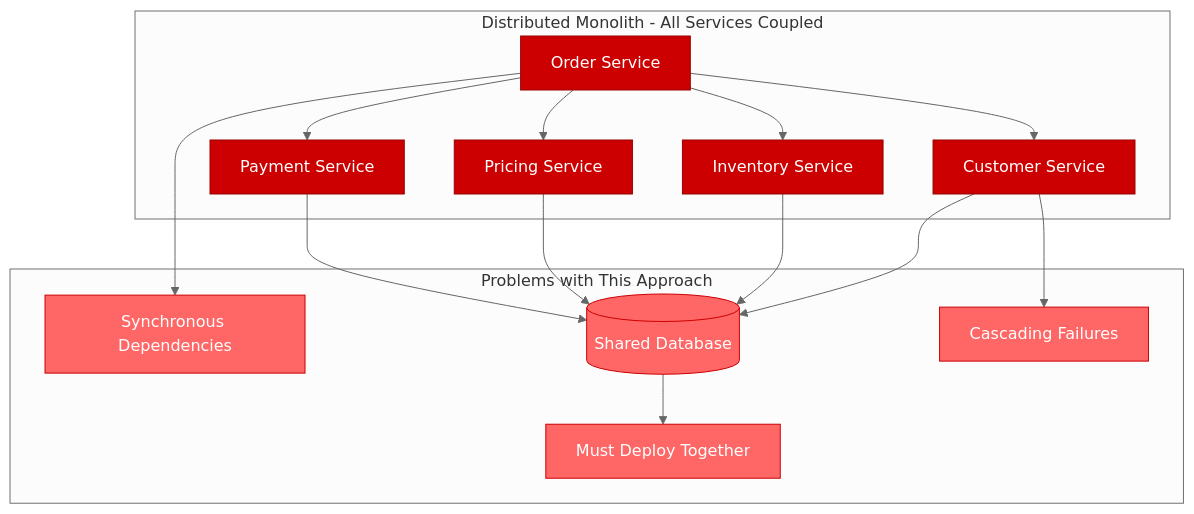
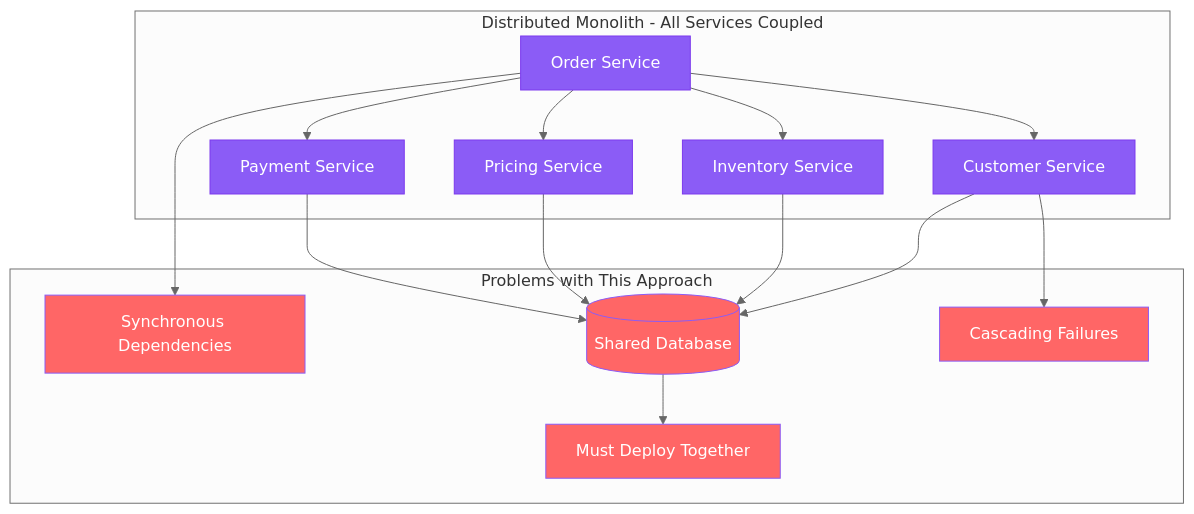
One commit to deepaucksharma/DS changed the first of 13 diagrams in site/docs/examples/pitfalls.md. Above: the diagram before and after it, drawn with Mermaid (neutral theme). The commit also changed other lines of this file and 303 other files, not shown here.

````diff
--- a/site/docs/examples/pitfalls.md
+++ b/site/docs/examples/pitfalls.md
@@ -13,40 +13,40 @@
 ```mermaid
 graph TB
     subgraph DistributedMonolith[Distributed Monolith - All Services Coupled]
         ORDER_SVC[Order Service]
         CUSTOMER_SVC[Customer Service]
         INVENTORY_SVC[Inventory Service]
         PRICING_SVC[Pricing Service]
         PAYMENT_SVC[Payment Service]
     end
 
     subgraph Problems[Problems with This Approach]
         SYNC_DEPS[Synchronous Dependencies]
         SHARED_DB[(Shared Database)]
         DEPLOY_TOGETHER[Must Deploy Together]
         CASCADE_FAIL[Cascading Failures]
     end
 
     %% All services must call each other synchronously
     ORDER_SVC --> CUSTOMER_SVC
     ORDER_SVC --> INVENTORY_SVC
     ORDER_SVC --> PRICING_SVC
     ORDER_SVC --> PAYMENT_SVC
 
     %% All share same database
     CUSTOMER_SVC --> SHARED_DB
     INVENTORY_SVC --> SHARED_DB
     PRICING_SVC --> SHARED_DB
     PAYMENT_SVC --> SHARED_DB
 
     %% Problems manifest
     ORDER_SVC --> SYNC_DEPS
     SHARED_DB --> DEPLOY_TOGETHER
     CUSTOMER_SVC --> CASCADE_FAIL
 
-    classDef serviceStyle fill:#CC0000,stroke:#990000,color:#fff
-    classDef problemStyle fill:#FF6666,stroke:#CC0000,color:#fff
+    classDef serviceStyle fill:#8B5CF6,stroke:#7C3AED,color:#fff
+    classDef problemStyle fill:#FF6666,stroke:#8B5CF6,color:#fff
 
     class ORDER_SVC,CUSTOMER_SVC,INVENTORY_SVC,PRICING_SVC,PAYMENT_SVC serviceStyle
     class SYNC_DEPS,SHARED_DB,DEPLOY_TOGETHER,CASCADE_FAIL problemStyle
 ```
````
